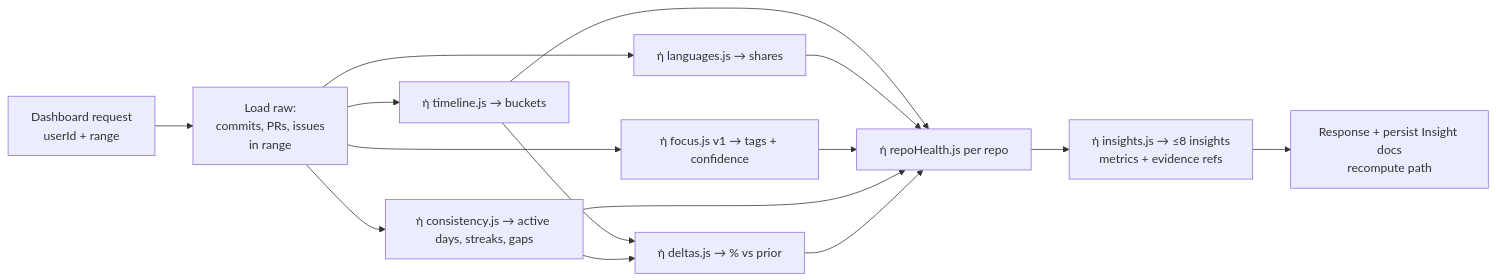
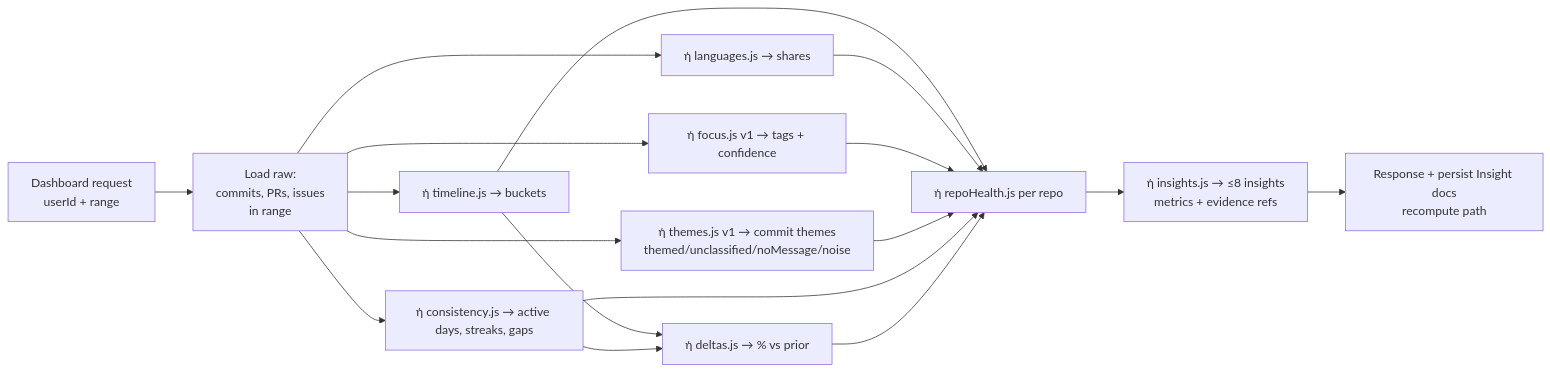
One commit to HKSINGHTHAKUR/Frieday changed the sixth of 8 diagrams in md files/architecture.md. Above: the diagram before and after it, drawn with Mermaid. The commit also changed other lines of this file and 25 other files, not shown here.

Commit message:
feat(phase10.1): add commit themes and repair responsive dashboard

````diff
--- a/md files/architecture.md
+++ b/md files/architecture.md
@@ -334,13 +336,14 @@
 ```mermaid
 flowchart LR
   Q[Dashboard request<br/>userId + range] --> L[Load raw:<br/>commits, PRs, issues<br/>in range]
   L --> T[ή timeline.js → buckets]
   L --> LG[ή languages.js → shares]
   L --> F[ή focus.js v1 → tags + confidence]
+  L --> TH[ή themes.js v1 → commit themes<br/>themed/unclassified/noMessage/noise]
   L --> C[ή consistency.js → active days, streaks, gaps]
   T --> D[ή deltas.js → % vs prior]
   C --> D
-  T & LG & F & C & D --> H[ή repoHealth.js per repo]
+  T & LG & F & TH & C & D --> H[ή repoHealth.js per repo]
   H --> IN[ή insights.js → ≤8 insights<br/>metrics + evidence refs]
   IN --> R[Response + persist Insight docs<br/>recompute path]
 ```
````
